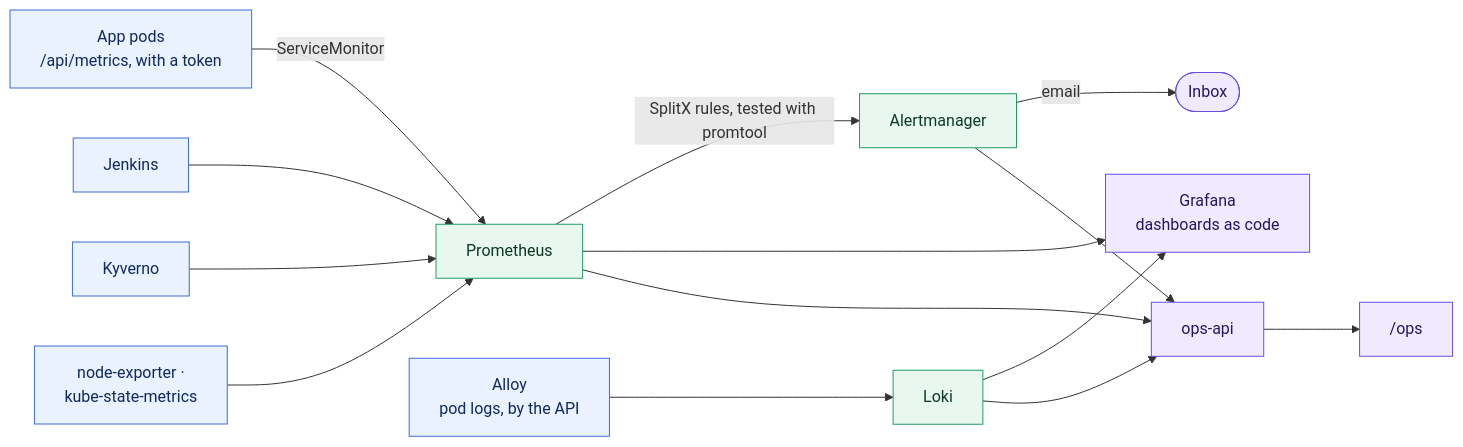
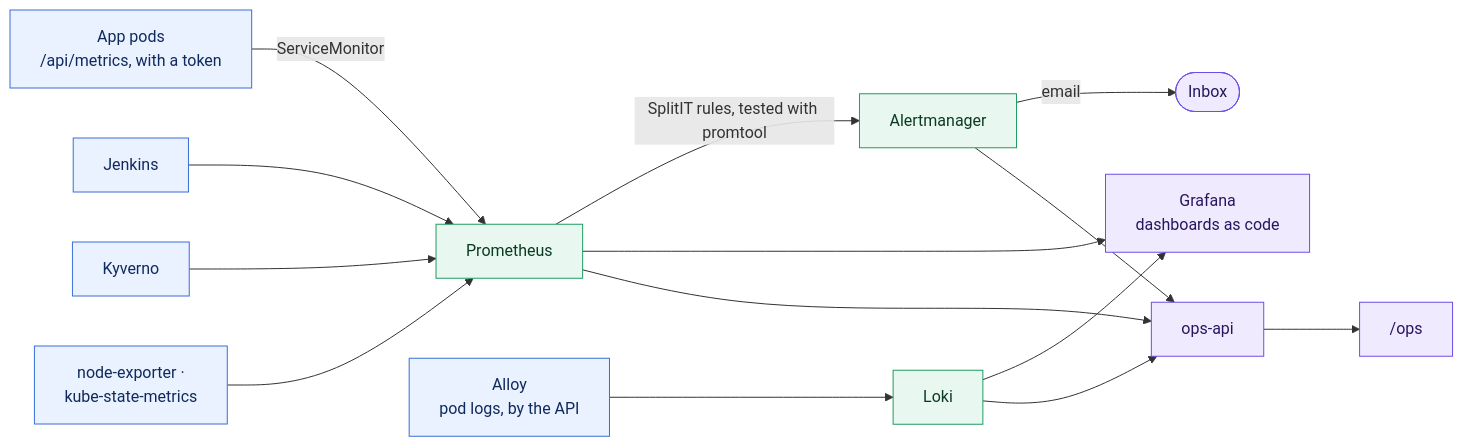
One commit to Sayandip-Jana-1018/SplitX changed the sixth of 7 diagrams in README.md. Above: the diagram before and after it, drawn with Mermaid. The commit also changed other lines of this file and 156 other files, not shown here.

````diff
--- a/README.md
+++ b/README.md
@@ -265,22 +277,22 @@
 ```mermaid
 flowchart LR
     app["App pods<br/>/api/metrics, with a token"] -->|"ServiceMonitor"| prom["Prometheus"]
     jen["Jenkins"] --> prom
     kyv["Kyverno"] --> prom
     ks["node-exporter ·<br/>kube-state-metrics"] --> prom
-    prom -->|"SplitX rules, tested with promtool"| am["Alertmanager"] -->|"email"| inbox(["Inbox"])
+    prom -->|"SplitIT rules, tested with promtool"| am["Alertmanager"] -->|"email"| inbox(["Inbox"])
     alloy["Alloy<br/>pod logs, by the API"] --> loki["Loki"]
     prom --> graf["Grafana<br/>dashboards as code"]
     loki --> graf
     prom --> opsapi["ops-api"]
     loki --> opsapi
     am --> opsapi
     opsapi --> page["/ops"]
 
     classDef src fill:#eaf1ff,stroke:#3b6fd8,color:#0f2a5c
     classDef store fill:#e8f7ef,stroke:#1f9d63,color:#0b3a24
     classDef out fill:#efeafe,stroke:#6d4ee8,color:#27165e
     class app,jen,kyv,ks,alloy src
     class prom,loki,am store
     class graf,opsapi,page,inbox out
 ```
````
